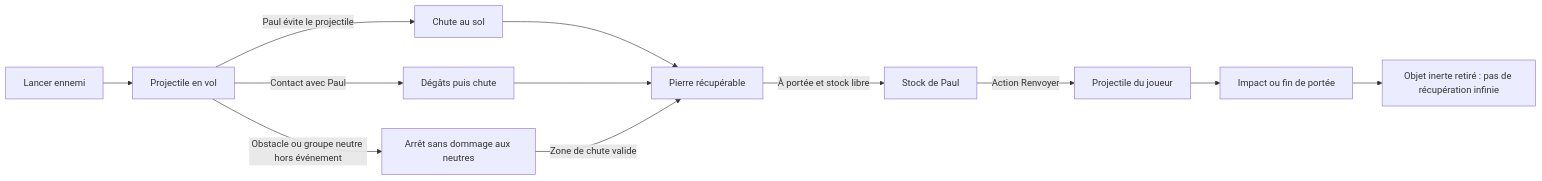
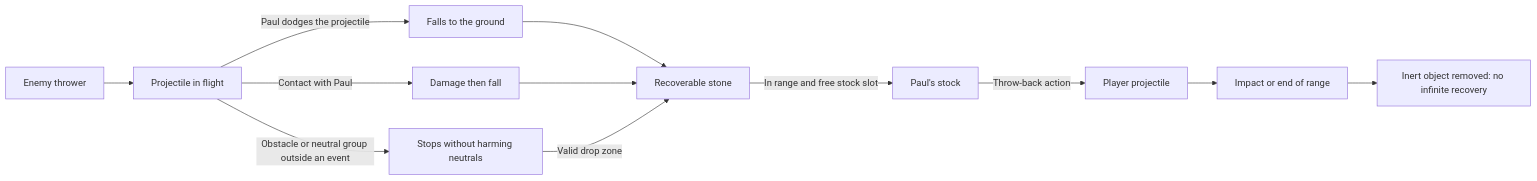
Before and after one commit to thlaure/BreakBreaker: the diagram in docs/SPECS - Combat and Enemies.md, drawn with Mermaid. The commit also changed other lines of this file and 10 other files, not shown here.

````diff
--- a/docs/SPECS - Combat and Enemies.md
+++ b/docs/SPECS - Combat and Enemies.md
@@ -28,14 +28,14 @@
 ```mermaid
 flowchart LR
-  A[Lancer ennemi] --> B[Projectile en vol]
-  B -->|Paul évite le projectile| C[Chute au sol]
-  B -->|Contact avec Paul| D[Dégâts puis chute]
-  B -->|Obstacle ou groupe neutre hors événement| E[Arrêt sans dommage aux neutres]
-  C --> F[Pierre récupérable]
+  A[Enemy thrower] --> B[Projectile in flight]
+  B -->|Paul dodges the projectile| C[Falls to the ground]
+  B -->|Contact with Paul| D[Damage then fall]
+  B -->|Obstacle or neutral group outside an event| E[Stops without harming neutrals]
+  C --> F[Recoverable stone]
   D --> F
-  E -->|Zone de chute valide| F
-  F -->|À portée et stock libre| G[Stock de Paul]
-  G -->|Action Renvoyer| H[Projectile du joueur]
-  H --> I[Impact ou fin de portée]
-  I --> J[Objet inerte retiré : pas de récupération infinie]
+  E -->|Valid drop zone| F
+  F -->|In range and free stock slot| G[Paul's stock]
+  G -->|Throw-back action| H[Player projectile]
+  H --> I[Impact or end of range]
+  I --> J[Inert object removed: no infinite recovery]
 ```
````
